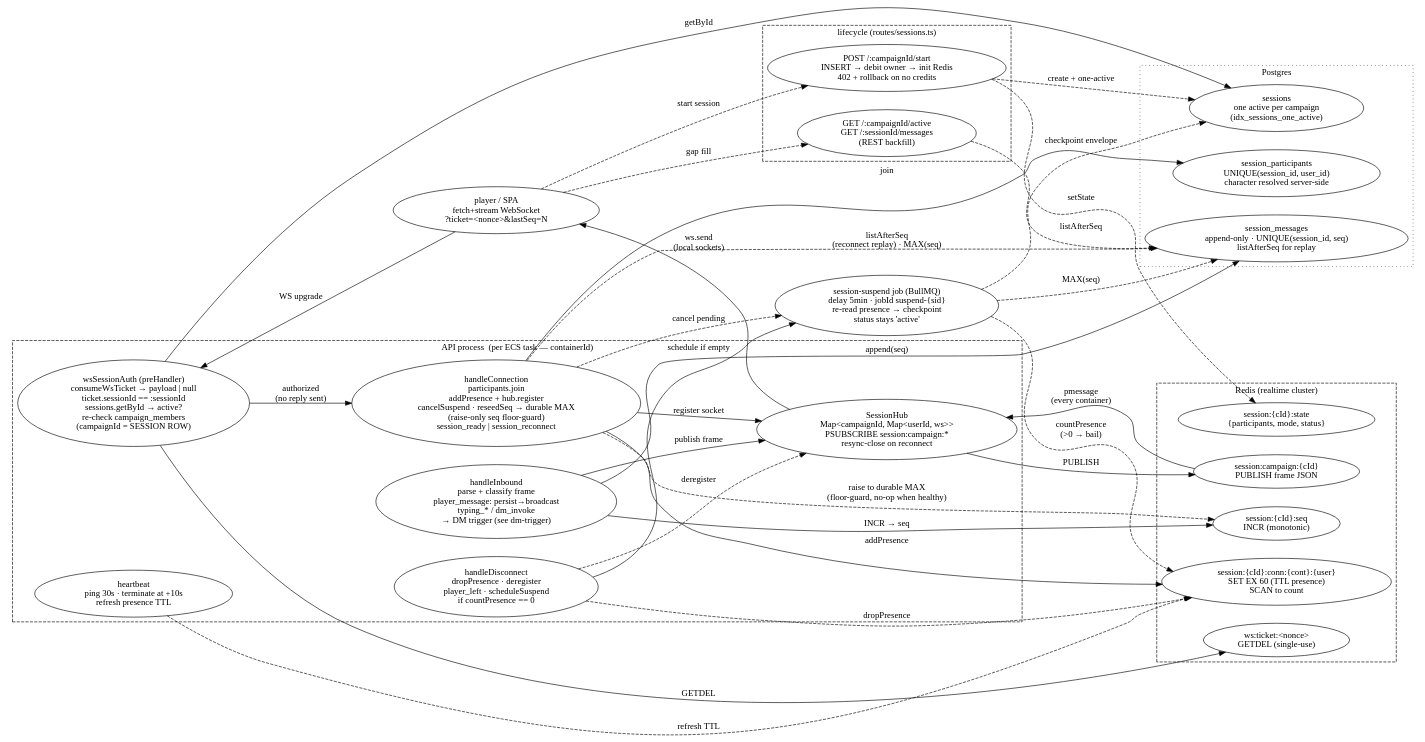
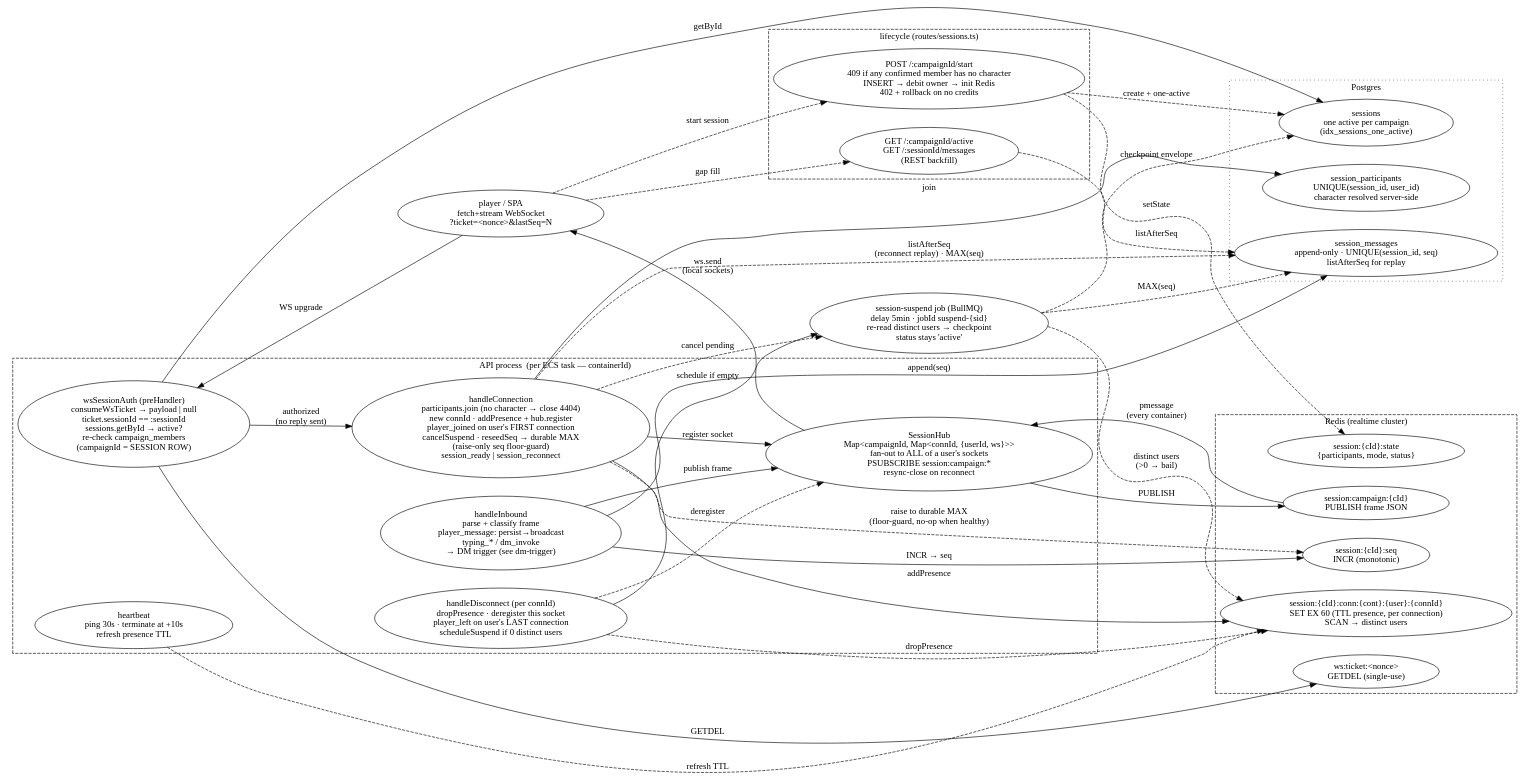
The diagram in docs/wiki/diagrams/runtime/session-transport.dot (mythrun/mythrun), drawn with Graphviz before and after one commit. The commit also changed 43 other files, not shown here.

```diff
--- a/docs/wiki/diagrams/runtime/session-transport.dot
+++ b/docs/wiki/diagrams/runtime/session-transport.dot
@@ -1,111 +1,116 @@
 digraph session_transport {
   // The live multiplayer WebSocket session transport. A player mints a
   // single-use ws-ticket (HTTP), then upgrades GET /ws/session/:sessionId
   // carrying it as a query param. wsSessionAuth consumes the ticket
   // PRE-UPGRADE, re-checks membership against the LOADED session row, and
   // only then completes the handshake. Inbound chat is persist-then-broadcast:
   // a server-assigned Redis-INCR seq, an append to session_messages, then a
   // fan-out through the SessionHub. The hub PSUBSCRIBEs one Redis channel per
   // campaign so a message published on any API container reaches every
-  // container's locally-connected sockets. Presence is a TTL key per
-  // connection; the last disconnect schedules a delayed BullMQ suspend job
-  // that re-reads presence on fire (idempotent, crash-safe). The join path
+  // container's locally-connected sockets. Every socket carries its own
+  // per-connection id (connId) end to end, so a user's multiple tabs coexist:
+  // the registry holds a user's connection SET and the presence key is keyed
+  // per connection. player_joined fires only on a user's FIRST connection and
+  // player_left only when their LAST one drops; the suspend gate counts
+  // DISTINCT users. Presence is a TTL key per connection; the last disconnect
+  // schedules a delayed BullMQ suspend job that re-reads presence on fire
+  // (idempotent, crash-safe). The join path
   // also raises the campaign :seq counter to the session's durable MAX(seq)
   // (raise-only reseedSeq — the myth-rf5rn floor-guard) before any message is
   // accepted, so a counter that expired over a long idle can't silently
   // persist low-seq rows before the session opening.
   rankdir=LR;
   compound=true;
   nodesep=0.4;
   ranksep=0.8;
 
   client [label="player / SPA\nfetch+stream WebSocket\n?ticket=<nonce>&lastSeq=N", color="ember", fontcolor="ember"];
 
   subgraph cluster_api {
     label="API process  (per ECS task — containerId)";
     style="dashed";
 
     auth   [label="wsSessionAuth (preHandler)\nconsumeWsTicket → payload | null\nticket.sessionId == :sessionId\nsessions.getById → active?\nre-check campaign_members\n(campaignId = SESSION ROW)"];
-    conn   [label="handleConnection\nparticipants.join\naddPresence + hub.register\ncancelSuspend · reseedSeq → durable MAX\n(raise-only seq floor-guard)\nsession_ready | session_reconnect"];
+    conn   [label="handleConnection\nparticipants.join (no character → close 4404)\nnew connId · addPresence + hub.register\nplayer_joined on user's FIRST connection\ncancelSuspend · reseedSeq → durable MAX\n(raise-only seq floor-guard)\nsession_ready | session_reconnect"];
     inbound [label="handleInbound\nparse + classify frame\nplayer_message: persist→broadcast\ntyping_* / dm_invoke\n→ DM trigger (see dm-trigger)"];
     heart  [label="heartbeat\nping 30s · terminate at +10s\nrefresh presence TTL"];
-    disc   [label="handleDisconnect\ndropPresence · deregister\nplayer_left · scheduleSuspend\nif countPresence == 0"];
-    hub    [label="SessionHub\nMap<campaignId, Map<userId, ws>>\nPSUBSCRIBE session:campaign:*\nresync-close on reconnect", color="ember", fontcolor="ember"];
+    disc   [label="handleDisconnect (per connId)\ndropPresence · deregister this socket\nplayer_left on user's LAST connection\nscheduleSuspend if 0 distinct users"];
+    hub    [label="SessionHub\nMap<campaignId, Map<connId, {userId, ws}>>\nfan-out to ALL of a user's sockets\nPSUBSCRIBE session:campaign:*\nresync-close on reconnect", color="ember", fontcolor="ember"];
   }
 
   subgraph cluster_redis {
     label="Redis (realtime cluster)";
     style="dashed";
     color="ember";
     fontcolor="ember";
 
     ticket  [label="ws:ticket:<nonce>\nGETDEL (single-use)"];
     seq     [label="session:{cId}:seq\nINCR (monotonic)"];
-    pres    [label="session:{cId}:conn:{cont}:{user}\nSET EX 60 (TTL presence)\nSCAN to count"];
+    pres    [label="session:{cId}:conn:{cont}:{user}:{connId}\nSET EX 60 (TTL presence, per connection)\nSCAN → distinct users"];
     state   [label="session:{cId}:state\n{participants, mode, status}"];
     channel [label="session:campaign:{cId}\nPUBLISH frame JSON", color="ember", fontcolor="ember"];
   }
 
   subgraph cluster_pg {
     label="Postgres";
     style="dotted";
 
     sessions    [label="sessions\none active per campaign\n(idx_sessions_one_active)"];
     messages    [label="session_messages\nappend-only · UNIQUE(session_id, seq)\nlistAfterSeq for replay"];
     participants [label="session_participants\nUNIQUE(session_id, user_id)\ncharacter resolved server-side"];
   }
 
   subgraph cluster_lifecycle {
     label="lifecycle (routes/sessions.ts)";
     style="dashed";
     color="ember";
     fontcolor="ember";
 
-    start [label="POST /:campaignId/start\nINSERT → debit owner → init Redis\n402 + rollback on no credits"];
+    start [label="POST /:campaignId/start\n409 if any confirmed member has no character\nINSERT → debit owner → init Redis\n402 + rollback on no credits"];
     rest  [label="GET /:campaignId/active\nGET /:sessionId/messages\n(REST backfill)"];
   }
 
-  suspend [label="session-suspend job (BullMQ)\ndelay 5min · jobId suspend-{sid}\nre-read presence → checkpoint\nstatus stays 'active'", color="ember", fontcolor="ember"];
+  suspend [label="session-suspend job (BullMQ)\ndelay 5min · jobId suspend-{sid}\nre-read distinct users → checkpoint\nstatus stays 'active'", color="ember", fontcolor="ember"];
 
   // Mint + upgrade
   client -> start    [label="start session", style=dashed];
   start  -> sessions [label="create + one-active", style=dashed];
   start  -> state    [label="setState", style=dashed];
   client -> auth     [label="WS upgrade"];
   auth   -> ticket   [label="GETDEL"];
   auth   -> sessions [label="getById"];
   auth   -> conn     [label="authorized\n(no reply sent)"];
 
   // Connect
   conn -> participants [label="join"];
   conn -> pres         [label="addPresence"];
   conn -> hub          [label="register socket"];
   conn -> suspend      [label="cancel pending", style=dashed];
   conn -> seq          [label="raise to durable MAX\n(floor-guard, no-op when healthy)", style=dashed];
   conn -> messages     [label="listAfterSeq\n(reconnect replay) · MAX(seq)", style=dashed];
 
   // Inbound chat: persist-then-broadcast
   inbound -> seq      [label="INCR → seq"];
   inbound -> messages [label="append(seq)"];
   inbound -> hub      [label="publish frame"];
 
   // Cross-container fan-out
   hub     -> channel [label="PUBLISH"];
   channel -> hub     [label="pmessage\n(every container)", color="ember"];
   hub     -> client  [label="ws.send\n(local sockets)"];
 
   // Heartbeat + disconnect
   heart -> pres    [label="refresh TTL", style=dashed];
   disc  -> pres    [label="dropPresence", style=dashed];
   disc  -> hub     [label="deregister", style=dashed];
   disc  -> suspend [label="schedule if empty"];
 
   // Suspend processor
-  suspend -> pres     [label="countPresence\n(>0 → bail)", style=dashed];
+  suspend -> pres     [label="distinct users\n(>0 → bail)", style=dashed];
   suspend -> messages [label="MAX(seq)", style=dashed];
   suspend -> sessions [label="checkpoint envelope", style=dashed];
 
   // REST backfill
   client -> rest     [label="gap fill", style=dashed];
   rest   -> messages [label="listAfterSeq", style=dashed];
 }
```
